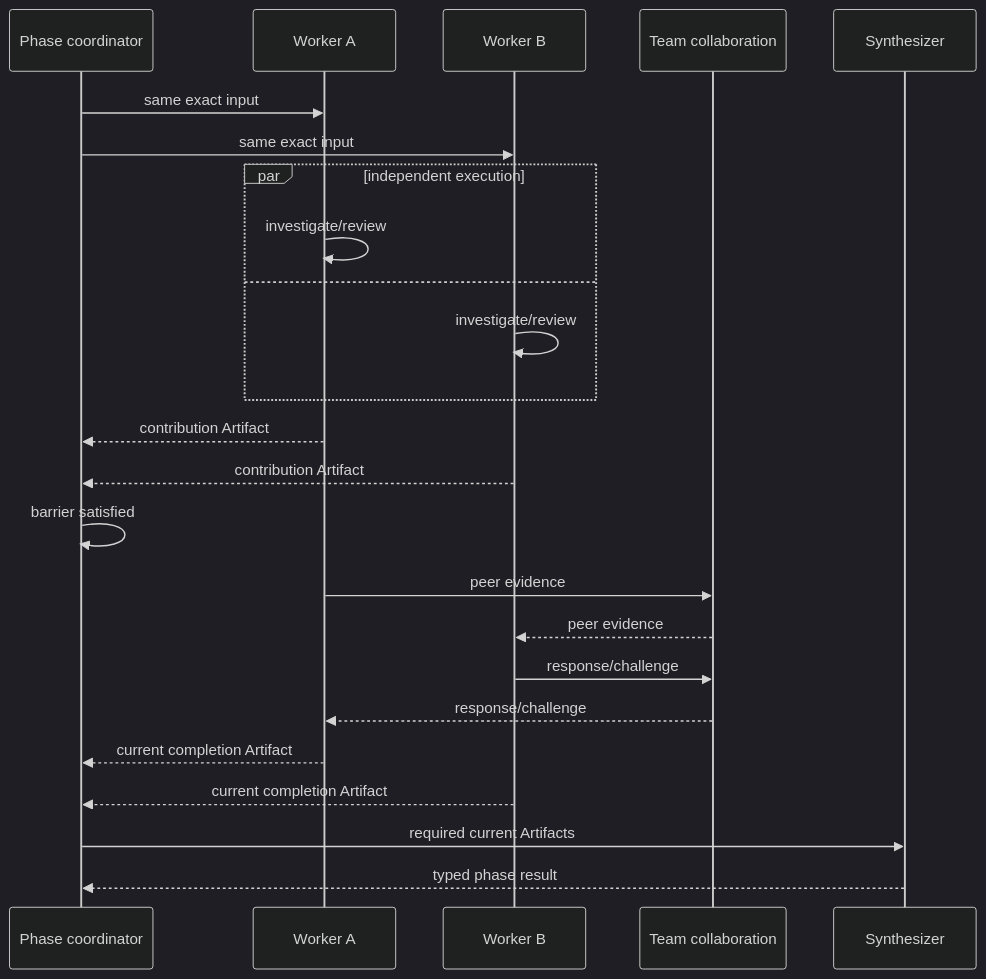
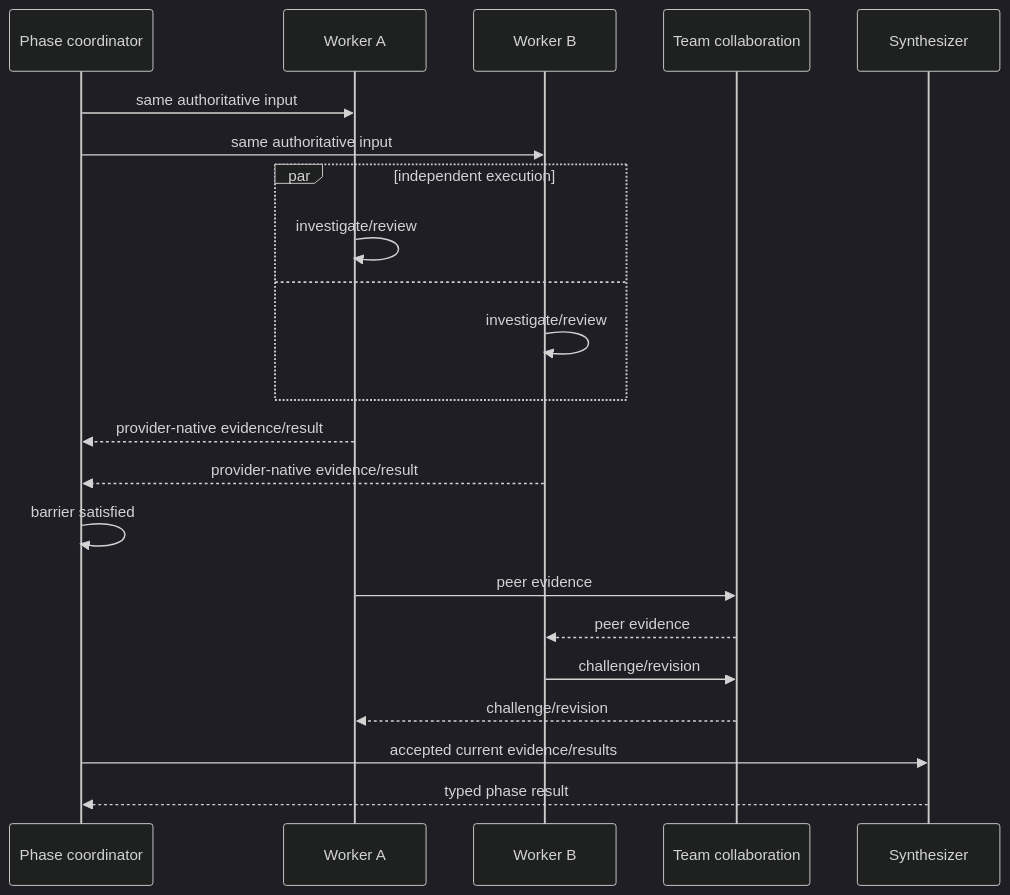
The fourth of 5 diagrams in docs/architecture/interaction-model.md (tsuuanmi/AgentOS), drawn with Mermaid (dark theme) before and after one commit. The commit also changed other lines of this file, not shown here.

Commit message:
docs: align interaction model with provider-native results

```diff
--- a/docs/architecture/interaction-model.md
+++ b/docs/architecture/interaction-model.md
@@ -152,33 +95,30 @@
 ~~~mermaid
 sequenceDiagram
     participant P as Phase coordinator
     participant A as Worker A
     participant B as Worker B
     participant T as Team collaboration
     participant S as Synthesizer
 
-    P->>A: same exact input
-    P->>B: same exact input
+    P->>A: same authoritative input
+    P->>B: same authoritative input
 
     par independent execution
         A->>A: investigate/review
     and
         B->>B: investigate/review
     end
 
-    A-->>P: contribution Artifact
-    B-->>P: contribution Artifact
+    A-->>P: provider-native evidence/result
+    B-->>P: provider-native evidence/result
 
     P->>P: barrier satisfied
 
     A->>T: peer evidence
     T-->>B: peer evidence
-    B->>T: response/challenge
-    T-->>A: response/challenge
+    B->>T: challenge/revision
+    T-->>A: challenge/revision
 
-    A-->>P: current completion Artifact
-    B-->>P: current completion Artifact
-
-    P->>S: required current Artifacts
+    P->>S: accepted current evidence/results
     S-->>P: typed phase result
 ~~~
```
